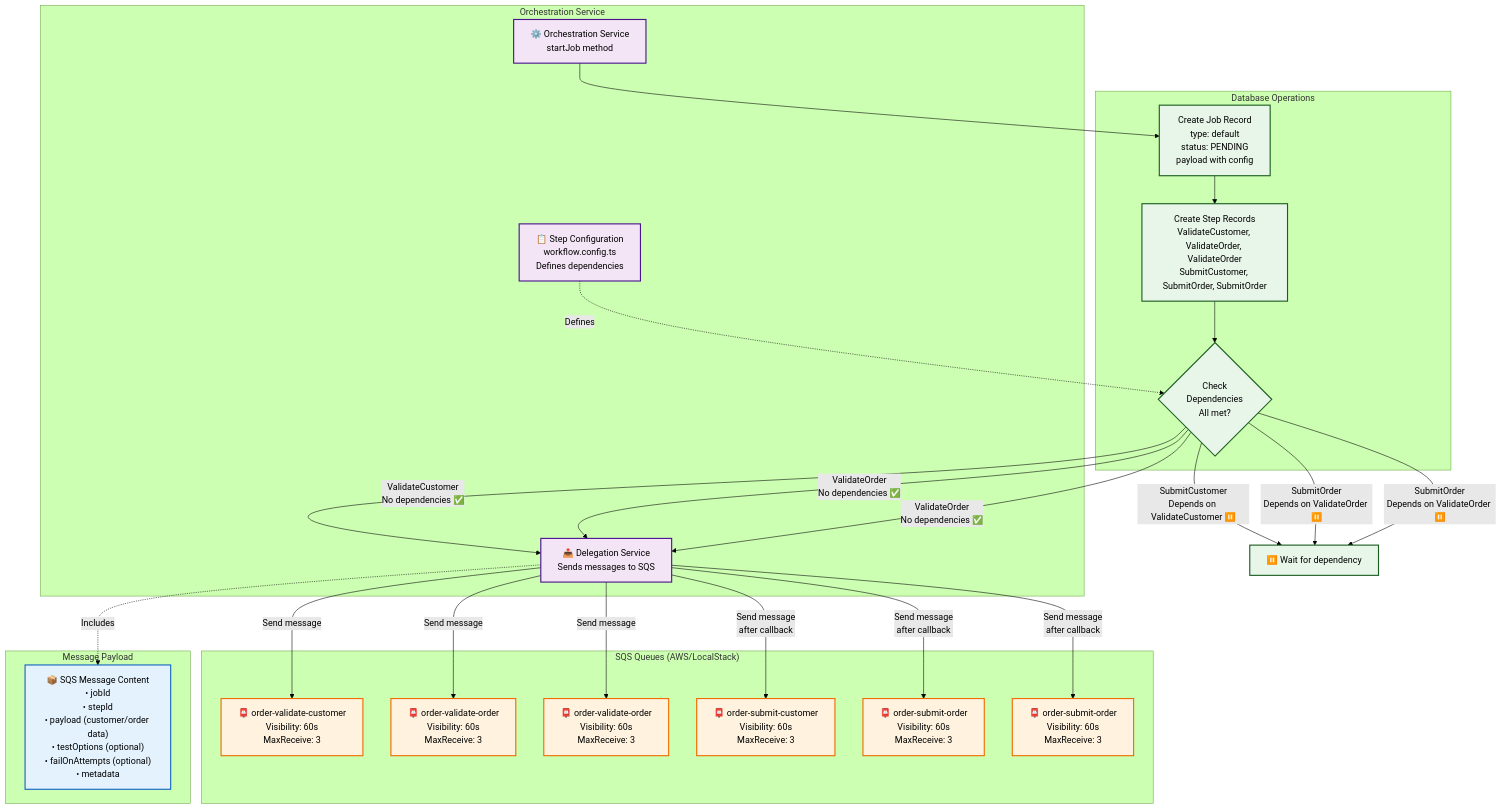
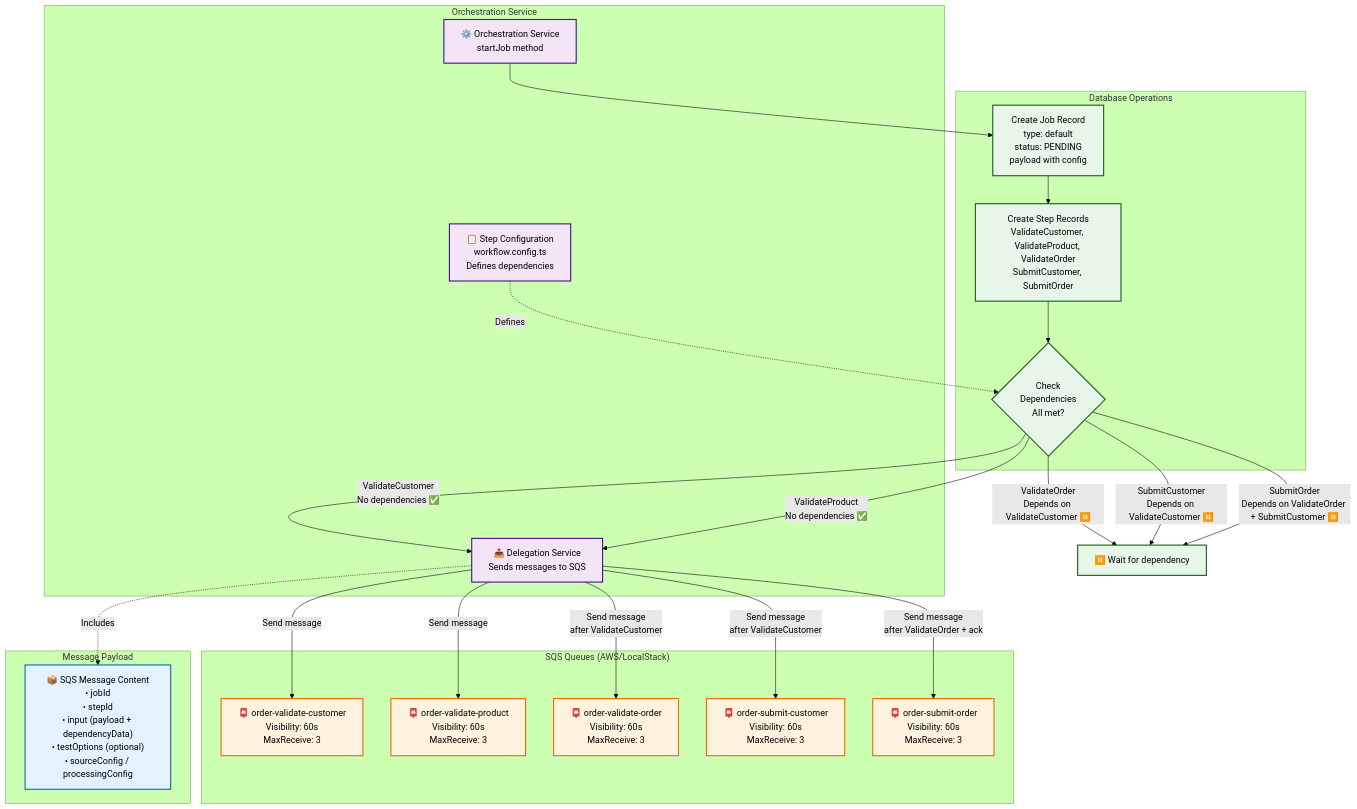
The third of 9 diagrams in docs/guides/system-architecture.md (inctasoft/setpoint-evals-dtm-examples), drawn with Mermaid (forest theme) before and after one commit. The commit also changed other lines of this file, not shown here.

First line of the commit message:
docs: fix remaining drift in Section 3 (Job Orchestration & Step Delegation)

````diff
--- a/docs/guides/system-architecture.md
+++ b/docs/guides/system-architecture.md
@@ -221,59 +221,56 @@
 ```mermaid
 graph TB
     subgraph "Orchestration Service"
         ORCH[⚙️ Orchestration Service<br/>startJob method]
         STEP_CONFIG[📋 Step Configuration<br/>workflow.config.ts<br/>Defines dependencies]
         DELEG[📤 Delegation Service<br/>Sends messages to SQS]
     end
 
     subgraph "Database Operations"
         CREATE_JOB[Create Job Record<br/>type: default<br/>status: PENDING<br/>payload with config]
-        CREATE_STEPS[Create Step Records<br/>ValidateCustomer, ValidateOrder, ValidateOrder<br/>SubmitCustomer, SubmitOrder, SubmitOrder]
+        CREATE_STEPS[Create Step Records<br/>ValidateCustomer, ValidateProduct, ValidateOrder<br/>SubmitCustomer, SubmitOrder]
         CHECK_DEPS{Check<br/>Dependencies<br/>All met?}
     end
 
     subgraph "SQS Queues (AWS/LocalStack)"
-        SQS_EC[📮 order-validate-customer<br/>Visibility: 60s<br/>MaxReceive: 3]
-        SQS_EM[📮 order-validate-order<br/>Visibility: 60s<br/>MaxReceive: 3]
-        SQS_EO[📮 order-validate-order<br/>Visibility: 60s<br/>MaxReceive: 3]
-        SQS_TC[📮 order-submit-customer<br/>Visibility: 60s<br/>MaxReceive: 3]
-        SQS_TM[📮 order-submit-order<br/>Visibility: 60s<br/>MaxReceive: 3]
-        SQS_TO[📮 order-submit-order<br/>Visibility: 60s<br/>MaxReceive: 3]
+        SQS_VC[📮 order-validate-customer<br/>Visibility: 60s<br/>MaxReceive: 3]
+        SQS_VP[📮 order-validate-product<br/>Visibility: 60s<br/>MaxReceive: 3]
+        SQS_VO[📮 order-validate-order<br/>Visibility: 60s<br/>MaxReceive: 3]
+        SQS_SC[📮 order-submit-customer<br/>Visibility: 60s<br/>MaxReceive: 3]
+        SQS_SO[📮 order-submit-order<br/>Visibility: 60s<br/>MaxReceive: 3]
     end
 
     subgraph "Message Payload"
-        MSG_PAYLOAD["📦 SQS Message Content<br/>• jobId<br/>• stepId<br/>• payload (customer/order data)<br/>• testOptions (optional)<br/>• failOnAttempts (optional)<br/>• metadata"]
+        MSG_PAYLOAD["📦 SQS Message Content<br/>• jobId<br/>• stepId<br/>• input (payload + dependencyData)<br/>• testOptions (optional)<br/>• sourceConfig / processingConfig"]
     end
 
     ORCH --> CREATE_JOB
     CREATE_JOB --> CREATE_STEPS
     CREATE_STEPS --> CHECK_DEPS
 
     CHECK_DEPS -->|ValidateCustomer<br/>No dependencies ✅| DELEG
-    CHECK_DEPS -->|ValidateOrder<br/>No dependencies ✅| DELEG
-    CHECK_DEPS -->|ValidateOrder<br/>No dependencies ✅| DELEG
-    CHECK_DEPS -->|SubmitCustomer<br/>Depends on ValidateCustomer ⏸️| WAIT[⏸️ Wait for dependency]
-    CHECK_DEPS -->|SubmitOrder<br/>Depends on ValidateOrder ⏸️| WAIT
-    CHECK_DEPS -->|SubmitOrder<br/>Depends on ValidateOrder ⏸️| WAIT
+    CHECK_DEPS -->|ValidateProduct<br/>No dependencies ✅| DELEG
+    CHECK_DEPS -->|ValidateOrder<br/>Depends on ValidateCustomer ⏸️| WAIT[⏸️ Wait for dependency]
+    CHECK_DEPS -->|SubmitCustomer<br/>Depends on ValidateCustomer ⏸️| WAIT
+    CHECK_DEPS -->|SubmitOrder<br/>Depends on ValidateOrder + SubmitCustomer ⏸️| WAIT
 
-    DELEG -->|Send message| SQS_EC
-    DELEG -->|Send message| SQS_EM
-    DELEG -->|Send message| SQS_EO
-    DELEG -->|Send message<br/>after callback| SQS_TC
-    DELEG -->|Send message<br/>after callback| SQS_TM
-    DELEG -->|Send message<br/>after callback| SQS_TO
+    DELEG -->|Send message| SQS_VC
+    DELEG -->|Send message| SQS_VP
+    DELEG -->|Send message<br/>after ValidateCustomer| SQS_VO
+    DELEG -->|Send message<br/>after ValidateCustomer| SQS_SC
+    DELEG -->|Send message<br/>after ValidateOrder + ack| SQS_SO
 
     DELEG -.->|Includes| MSG_PAYLOAD
 
     STEP_CONFIG -.->|Defines| CHECK_DEPS
 
     classDef orchestrator fill:#f3e5f5,stroke:#4a148c,stroke-width:2px
     classDef database fill:#e8f5e9,stroke:#1b5e20,stroke-width:2px
     classDef queue fill:#fff3e0,stroke:#ef6c00,stroke-width:2px
     classDef payload fill:#e3f2fd,stroke:#1565c0,stroke-width:2px
 
     class ORCH,STEP_CONFIG,DELEG orchestrator
     class CREATE_JOB,CREATE_STEPS,CHECK_DEPS,WAIT database
-    class SQS_EC,SQS_EM,SQS_EO,SQS_TC,SQS_TM,SQS_TO queue
+    class SQS_VC,SQS_VP,SQS_VO,SQS_SC,SQS_SO queue
     class MSG_PAYLOAD payload
 ```
````
